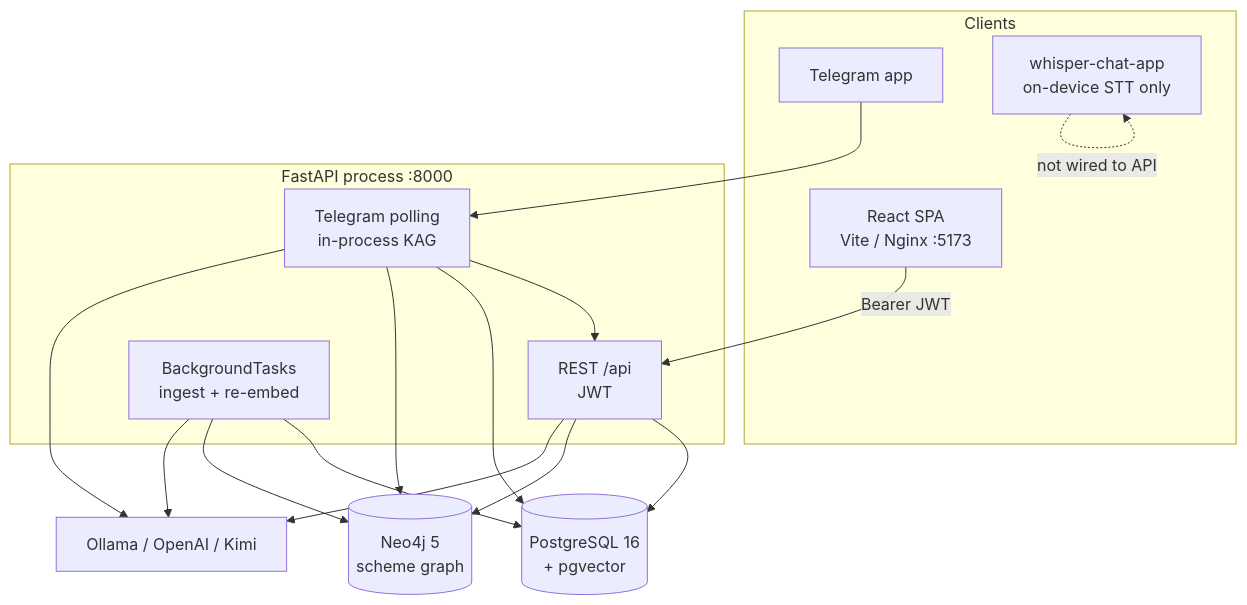
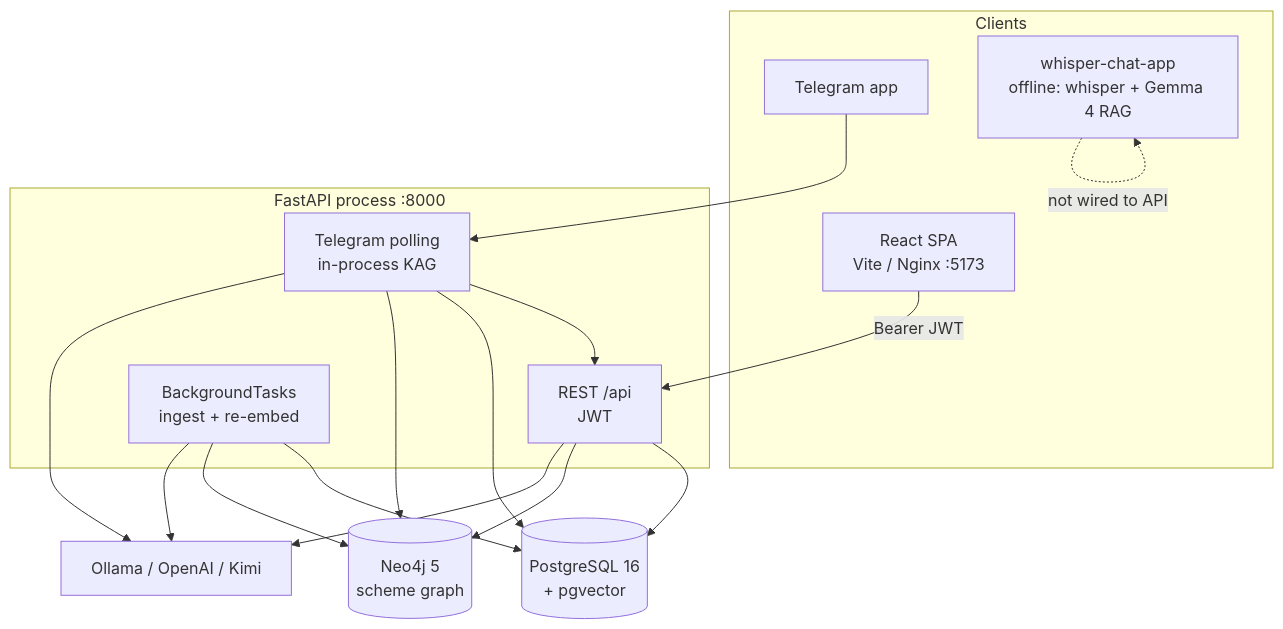
Before and after one commit to Jishnu-Prasad888/BuildForBillions26: the first of 19 diagrams in docs/ARCHITECTURE.md, drawn with Mermaid. The commit also changed other lines of this file and 2 other files, not shown here.

First line of the commit message:
docs: refresh README, ARCHITECTURE and API for the offline whisper app

````diff
--- a/docs/ARCHITECTURE.md
+++ b/docs/ARCHITECTURE.md
@@ -46,32 +46,32 @@
 ```mermaid
 flowchart TB
   subgraph clients [Clients]
     SPA["React SPA<br/>Vite / Nginx :5173"]
     TG[Telegram app]
-    WH["whisper-chat-app<br/>on-device STT only"]
+    WH["whisper-chat-app<br/>offline: whisper + Gemma 4 RAG"]
   end
 
   subgraph process [FastAPI process :8000]
     API["REST /api<br/>JWT"]
     BOT["Telegram polling<br/>in-process KAG"]
     BG["BackgroundTasks<br/>ingest + re-embed"]
   end
 
   PG[("PostgreSQL 16<br/>+ pgvector")]
   NJ[("Neo4j 5<br/>scheme graph")]
   AI["Ollama / OpenAI / Kimi"]
 
   SPA -->|"Bearer JWT"| API
   TG --> BOT
   BOT --> API
   API --> PG
   API --> NJ
   API --> AI
   BOT --> PG
   BOT --> NJ
   BOT --> AI
   BG --> PG
   BG --> NJ
   BG --> AI
   WH -.->|"not wired to API"| WH
 ```
````
